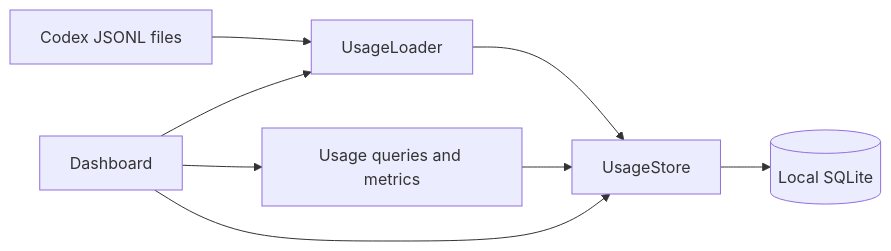
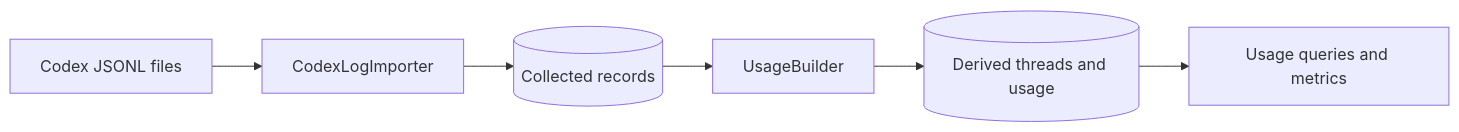
Before and after one commit to xtrmstep/codex-stats-analyzer: the diagram in specification/02-architecture/02-design/000-system-overview.md, drawn with Mermaid. The commit also changed other lines of this file and 6 other files, not shown here.

Commit message:
usage-data: preserve original Codex records

````diff
--- a/specification/02-architecture/02-design/000-system-overview.md
+++ b/specification/02-architecture/02-design/000-system-overview.md
@@ -5,10 +5,8 @@
 ```mermaid
 flowchart LR
-    Logs[Codex JSONL files] --> Loader[UsageLoader]
-    Loader --> Store[UsageStore]
-    Store --> Database[(Local SQLite)]
-    Dashboard[Dashboard] --> Loader
-    Dashboard --> Metrics[Usage queries and metrics]
-    Metrics --> Store
-    Dashboard --> Store
+    Logs[Codex JSONL files] --> Importer[CodexLogImporter]
+    Importer --> Raw[(Collected records)]
+    Raw --> Builder[UsageBuilder]
+    Builder --> Usage[(Derived threads and usage)]
+    Usage --> Metrics[Usage queries and metrics]
 ```
````
